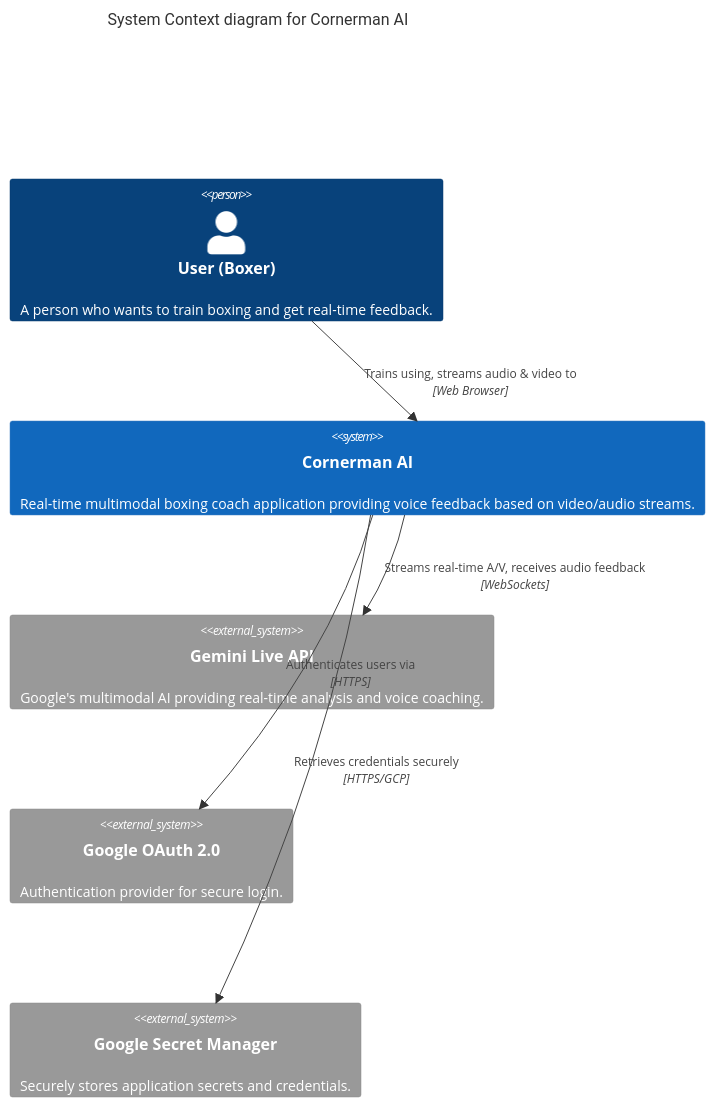
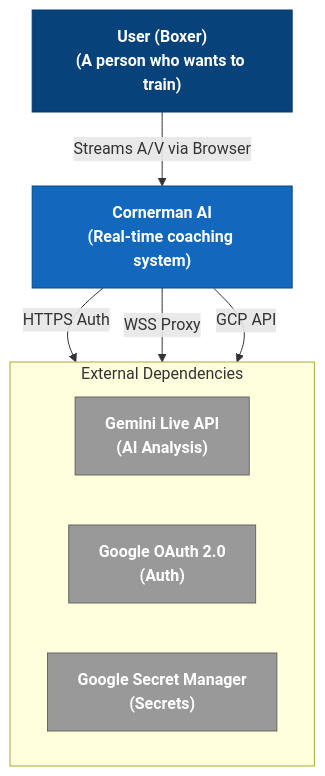
Before and after one commit to yuriybon/boxing-coach: the diagram in docs/architecture/01-system-context.md, drawn with Mermaid. The commit also changed other lines of this file and 9 other files, not shown here.

Commit message:
Added Architecture C4 improvements

````diff
--- a/docs/architecture/01-system-context.md
+++ b/docs/architecture/01-system-context.md
@@ -5,21 +6,26 @@
 ```mermaid
-%%{init: {"flowchart": {"defaultRenderer": "elk"}}}%%
-C4Context
-    title System Context diagram for Cornerman AI
-    
-    Person(user, "User (Boxer)", "A person who wants to train boxing and get real-time feedback.")
-    
-    System(cornerman, "Cornerman AI", "Real-time multimodal boxing coach application providing voice feedback based on video/audio streams.")
-    
-    System_Ext(gemini, "Gemini Live API", "Google's multimodal AI providing real-time analysis and voice coaching.")
-    System_Ext(oauth, "Google OAuth 2.0", "Authentication provider for secure login.")
-    System_Ext(secretManager, "Google Secret Manager", "Securely stores application secrets and credentials.")
-    
-    %% ШАГ 1: Сначала строим "вертикальный хребет" (Пользователь -> AI -> OAuth)
-    Rel_D(user, cornerman,  "Trains using, streams audio & video to", "Web Browser")
-    Rel_D(cornerman, oauth, "Authenticates users via", "HTTPS")
-    
-    %% ШАГ 2: Затем добавляем боковые зависимости (Gemini и Secret Manager)
-    Rel_R(cornerman, gemini, "Streams real-time A/V, receives audio feedback", "WebSockets")
-    Rel_L(cornerman, secretManager, "Retrieves credentials securely", "HTTPS/GCP")
+graph TD
+    %% Define C4-like styles
+    classDef person fill:#08427b,stroke:#073b6e,color:white,font-weight:bold
+    classDef system fill:#1168bd,stroke:#0b4884,color:white,font-weight:bold
+    classDef external fill:#999999,stroke:#666666,color:white,font-weight:bold
+    %% Nodes
+    User["User (Boxer)<br/>(A person who wants to train)"]:::person
+    Cornerman["Cornerman AI<br/>(Real-time coaching system)"]:::system
+
+       subgraph External_Systems [External Dependencies]
+           direction LR
+           Gemini["Gemini Live API<br/>(AI Analysis)"]:::external
+           OAuth["Google OAuth 2.0<br/>(Auth)"]:::external
+           SecretManager["Google Secret Manager<br/>(Secrets)"]:::external
+       end
+
+       %% Relationships
+       User -- "Streams A/V via Browser" --> Cornerman
+       Cornerman -- "HTTPS Auth" --> OAuth
+       Cornerman -- "WSS Proxy" --> Gemini
+       Cornerman -- "GCP API" --> SecretManager
+
+       %% Layout Hints
+       %% This ensures User is at the top, Cornerman in middle, and Externals are grouped
 ```
````
